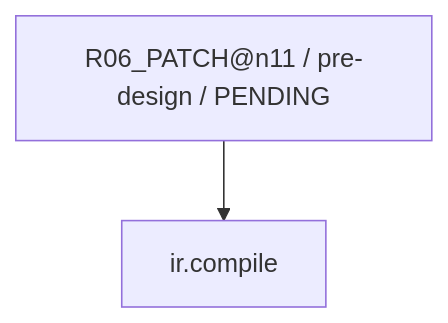
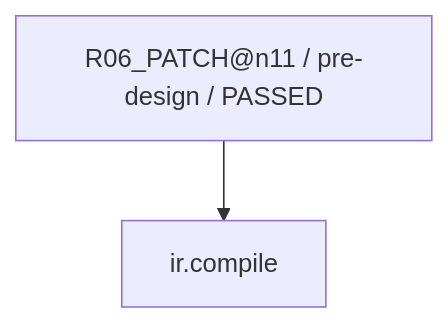
Diagram 18 of 45 in work/items/W-MATH-036-ne02-n11-n12-guided-design/generated/CAPABILITY_FIRE_DIAGRAM.md (rrikunagasige-dot/kyotsu-step-web), drawn with Mermaid before and after one commit. The commit also changed other lines of this file and 55 other files, not shown here.

````diff
--- a/work/items/W-MATH-036-ne02-n11-n12-guided-design/generated/CAPABILITY_FIRE_DIAGRAM.md
+++ b/work/items/W-MATH-036-ne02-n11-n12-guided-design/generated/CAPABILITY_FIRE_DIAGRAM.md
@@ -294,6 +294,6 @@
 ```mermaid
 flowchart TD
-  N0["R06_PATCH@n11 / pre-design / PENDING"]
+  N0["R06_PATCH@n11 / pre-design / PASSED"]
   N1["ir.compile"]
   N0 --> N1
 ```
````
